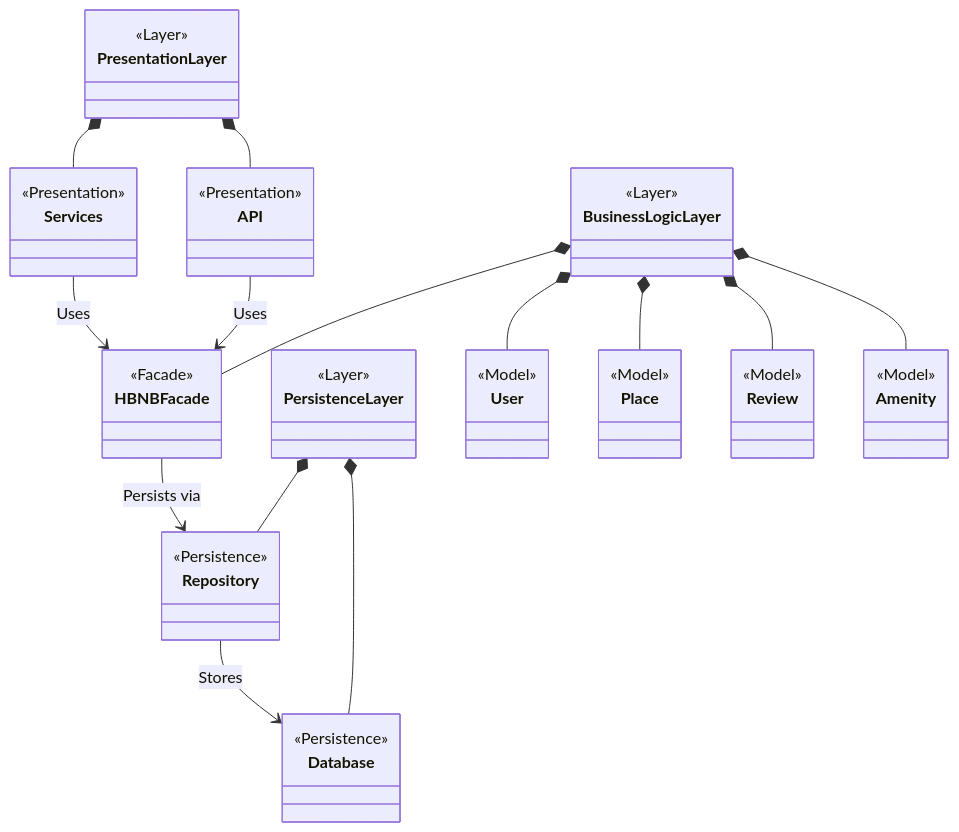
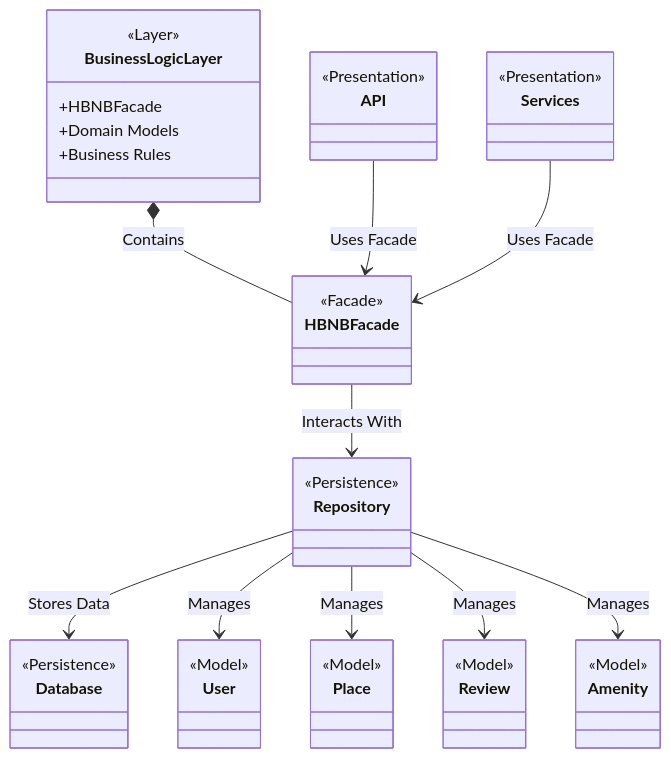
The first of 6 diagrams in part1/Documentation Compilation.md (oDoDyK/holbertonschool-hbnb), drawn with Mermaid before and after one commit.

Commit message:
Update Documentation Compilation.md

````diff
--- a/part1/Documentation Compilation.md
+++ b/part1/Documentation Compilation.md
@@ -65,79 +65,75 @@
 ```mermaid
 classDiagram
-    %% =======================
-    %% Layers
-    %% =======================
-    class PresentationLayer {
-        <<Layer>>
-    }
-
-    class BusinessLogicLayer {
-        <<Layer>>
-    }
-
-    class PersistenceLayer {
-        <<Layer>>
-    }
-
     %% =======================
     %% Presentation Layer
     %% =======================
     class API {
         <<Presentation>>
+        %% Handles user requests via endpoints
     }
     class Services {
         <<Presentation>>
+        %% Provides service logic for API
     }
-
-    PresentationLayer *-- API
-    PresentationLayer *-- Services
 
     %% =======================
     %% Business Logic Layer
     %% =======================
+    class BusinessLogicLayer {
+        <<Layer>>
+        +HBNBFacade
+        +Domain Models
+        +Business Rules
+    }
     class HBNBFacade {
         <<Facade>>
+        %% Unified interface to interact with models
     }
 
+    %% =======================
+    %% Persistence Layer
+    %% =======================
+    class Repository {
+        <<Persistence>>
+        %% Manages data operations for models
+    }
+    class Database {
+        <<Persistence>>
+        %% Stores application data
+    }
+
+    %% =======================
+    %% Models
+    %% =======================
     class User {
         <<Model>>
     }
     class Place {
         <<Model>>
     }
     class Review {
         <<Model>>
     }
     class Amenity {
         <<Model>>
     }
 
-    BusinessLogicLayer *-- HBNBFacade
-    BusinessLogicLayer *-- User
-    BusinessLogicLayer *-- Place
-    BusinessLogicLayer *-- Review
-    BusinessLogicLayer *-- Amenity
+    %% =======================
+    %% Relationships
+    %% =======================
+    BusinessLogicLayer *-- HBNBFacade : Contains
 
-    %% =======================
-    %% Persistence Layer
-    %% =======================
-    class Repository {
-        <<Persistence>>
-    }
-    class Database {
-        <<Persistence>>
-    }
+    API --> HBNBFacade : Uses Facade
+    Services --> HBNBFacade : Uses Facade
+    HBNBFacade --> Repository : Interacts With
+    Repository --> Database : Stores Data
+    
+    %% Models connected to Repository
+    Repository --> User : Manages
+    Repository --> Place : Manages
+    Repository --> Review : Manages
+    Repository --> Amenity : Manages
 
-    PersistenceLayer *-- Repository
-    PersistenceLayer *-- Database
 
-    %% =======================
-    %% Cross-Layer Relations
-    %% =======================
-    API --> HBNBFacade : Uses
-    Services --> HBNBFacade : Uses
-
-    HBNBFacade --> Repository : Persists via
-    Repository --> Database : Stores
 
 ```
````
